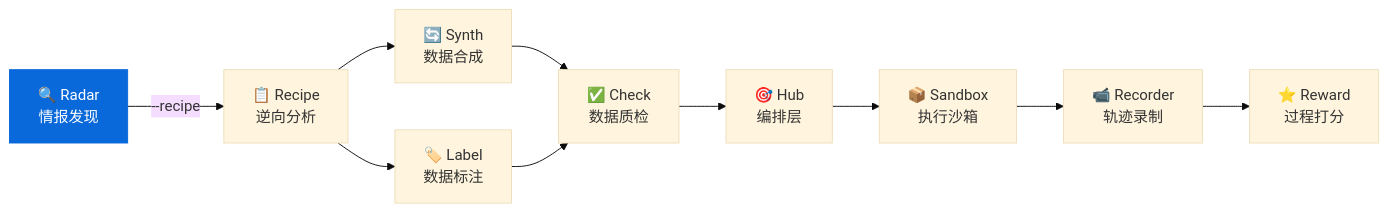
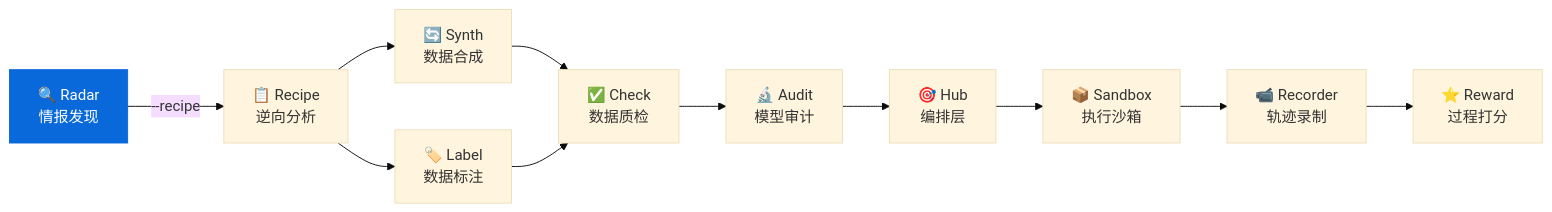
One commit to liuxiaotong/ai-dataset-radar changed the second of 3 diagrams in README.md. Above: the diagram before and after it, drawn with Mermaid (base theme). The commit also changed other lines of this file and 1 other file, not shown here.

Commit message:
生态表格加入 ModelAudit (9→10)

````diff
--- a/README.md
+++ b/README.md
@@ -611,13 +611,14 @@
 ```mermaid
 graph LR
     Radar["🔍 Radar<br/>情报发现"] -->|--recipe| Recipe["📋 Recipe<br/>逆向分析"]
     Recipe --> Synth["🔄 Synth<br/>数据合成"]
     Recipe --> Label["🏷️ Label<br/>数据标注"]
     Synth --> Check["✅ Check<br/>数据质检"]
     Label --> Check
-    Check --> Hub["🎯 Hub<br/>编排层"]
+    Check --> Audit["🔬 Audit<br/>模型审计"]
+    Audit --> Hub["🎯 Hub<br/>编排层"]
     Hub --> Sandbox["📦 Sandbox<br/>执行沙箱"]
     Sandbox --> Recorder["📹 Recorder<br/>轨迹录制"]
     Recorder --> Reward["⭐ Reward<br/>过程打分"]
     style Radar fill:#0969da,color:#fff,stroke:#0969da
 ```
````
